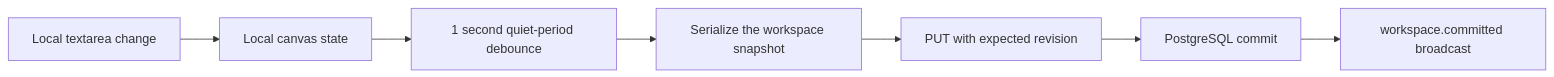
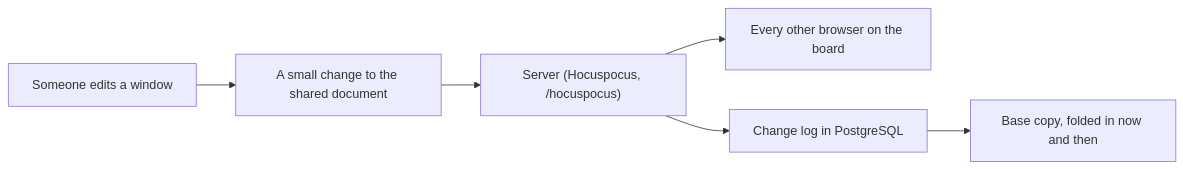
The diagram in COLLABORATION.md (oogalieboogalie/CensaiOS), drawn with Mermaid before and after one commit. The commit also changed other lines of this file and 1238 other files, not shown here.

````diff
--- a/COLLABORATION.md
+++ b/COLLABORATION.md
@@ -47,9 +14,8 @@
 ```mermaid
 flowchart LR
-  A["Local textarea change"] --> B["Local canvas state"]
-  B --> C["1 second quiet-period debounce"]
-  C --> D["Serialize the workspace snapshot"]
-  D --> E["PUT with expected revision"]
-  E --> F["PostgreSQL commit"]
-  F --> G["workspace.committed broadcast"]
+  A["Someone edits a window"] --> B["A small change to the shared document"]
+  B --> C["Server (Hocuspocus, /hocuspocus)"]
+  C --> D["Every other browser on the board"]
+  C --> E["Change log in PostgreSQL"]
+  E --> F["Base copy, folded in now and then"]
 ```
````
